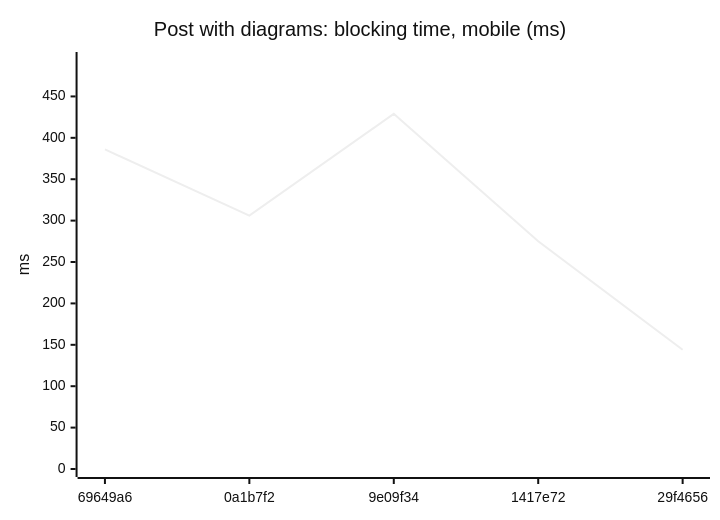
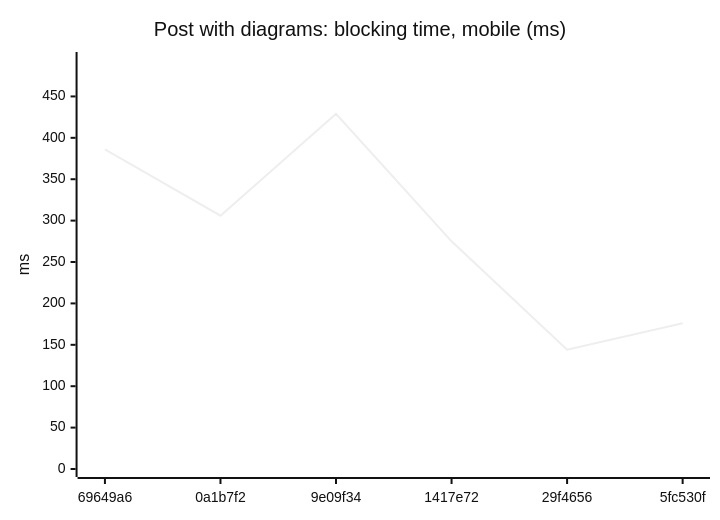
Diagram 16 of 18 in README.md (AxelUser/maltsev.space), drawn with Mermaid (neutral theme) before and after one commit. The commit also changed other lines of this file and 1 other file, not shown here.

````diff
--- a/README.md
+++ b/README.md
@@ -169,7 +169,7 @@
 ```mermaid
 xychart-beta
   title "Post with diagrams: blocking time, mobile (ms)"
-  x-axis ["69649a6", "0a1b7f2", "9e09f34", "1417e72", "29f4656"]
+  x-axis ["69649a6", "0a1b7f2", "9e09f34", "1417e72", "29f4656", "5fc530f"]
   y-axis "ms" 0 --> 494
-  line [386, 306, 429, 275, 144]
+  line [386, 306, 429, 275, 144, 176]
 ```
````
